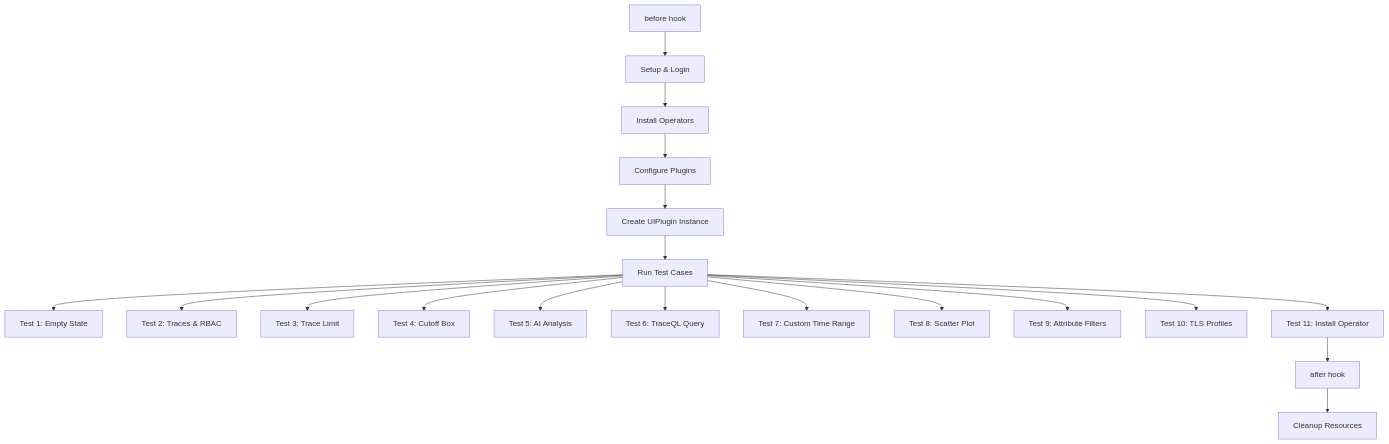
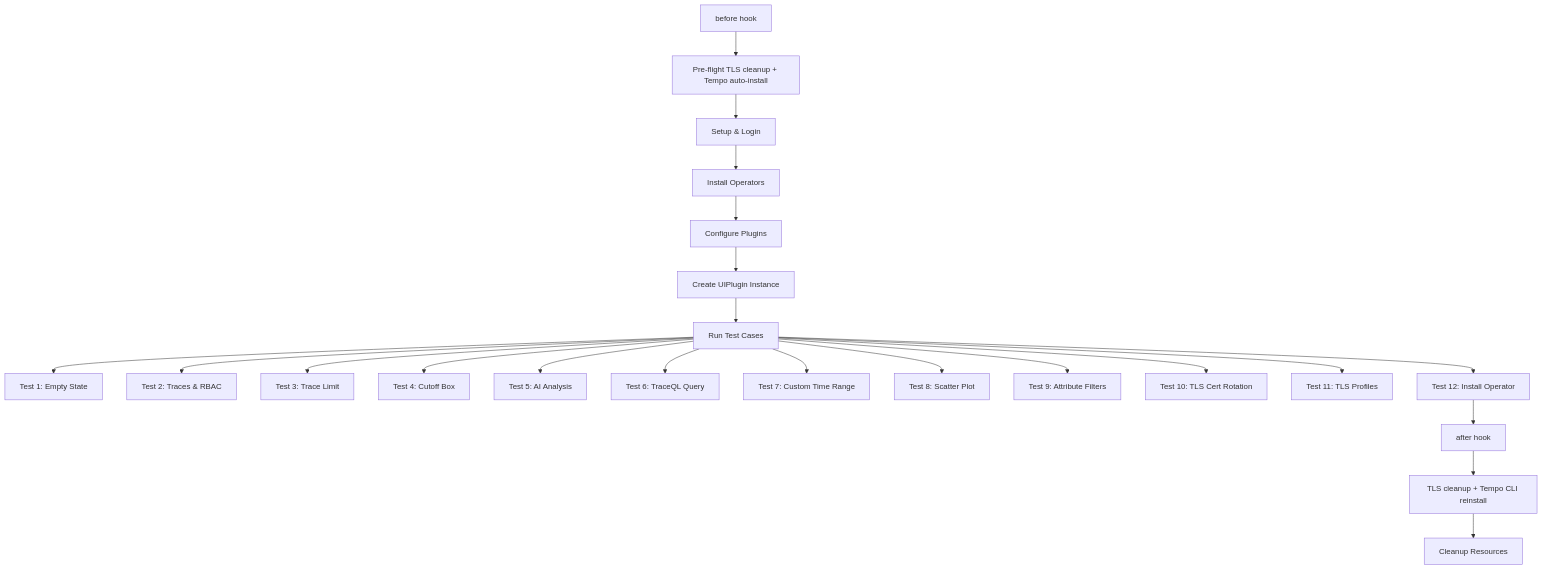
The diagram in tests/TEST_COVERAGE_REPORT.md (zhuje/distributed-tracing-console-plugin), drawn with Mermaid before and after one commit. The commit also changed other lines of this file and 7 other files, not shown here.

First line of the commit message:
test: fix TLS profile test cascade failures and console re-detection

````diff
--- a/tests/TEST_COVERAGE_REPORT.md
+++ b/tests/TEST_COVERAGE_REPORT.md
@@ -304,21 +323,24 @@
 ```mermaid
 graph TD
-    A[before hook] --> B[Setup & Login]
-    B --> C[Install Operators]
-    C --> D[Configure Plugins]
-    D --> E[Create UIPlugin Instance]
-    E --> F[Run Test Cases]
-    F --> G[Test 1: Empty State]
-    F --> H[Test 2: Traces & RBAC]
-    F --> I[Test 3: Trace Limit]
-    F --> J[Test 4: Cutoff Box]
-    F --> K[Test 5: AI Analysis]
-    F --> L[Test 6: TraceQL Query]
-    F --> O[Test 7: Custom Time Range]
-    F --> P[Test 8: Scatter Plot]
-    F --> Q[Test 9: Attribute Filters]
-    F --> S[Test 10: TLS Profiles]
-    F --> R[Test 11: Install Operator]
-    R --> M[after hook]
-    M --> N[Cleanup Resources]
+    A[before hook] --> B[Pre-flight TLS cleanup + Tempo auto-install]
+    B --> C[Setup & Login]
+    C --> D[Install Operators]
+    D --> E[Configure Plugins]
+    E --> F[Create UIPlugin Instance]
+    F --> G[Run Test Cases]
+    G --> T1[Test 1: Empty State]
+    G --> T2[Test 2: Traces & RBAC]
+    G --> T3[Test 3: Trace Limit]
+    G --> T4[Test 4: Cutoff Box]
+    G --> T5[Test 5: AI Analysis]
+    G --> T6[Test 6: TraceQL Query]
+    G --> T7[Test 7: Custom Time Range]
+    G --> T8[Test 8: Scatter Plot]
+    G --> T9[Test 9: Attribute Filters]
+    G --> T10[Test 10: TLS Cert Rotation]
+    G --> T11[Test 11: TLS Profiles]
+    G --> T12[Test 12: Install Operator]
+    T12 --> H[after hook]
+    H --> I[TLS cleanup + Tempo CLI reinstall]
+    I --> J[Cleanup Resources]
 ```
````
